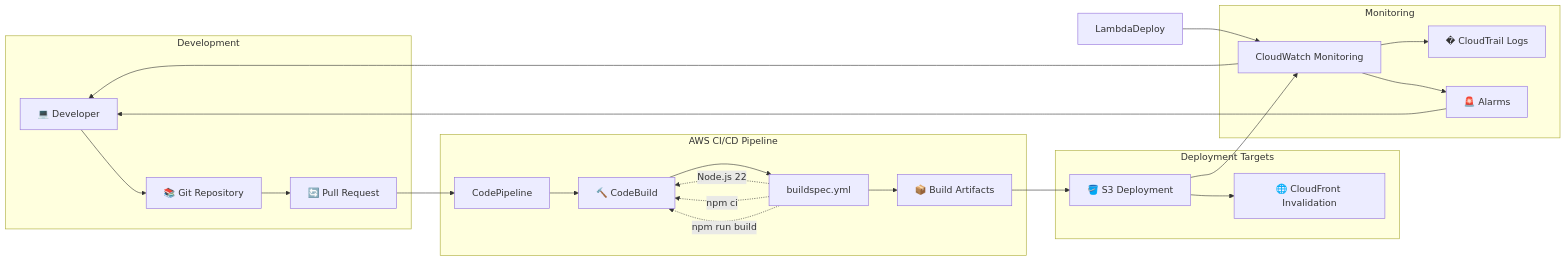
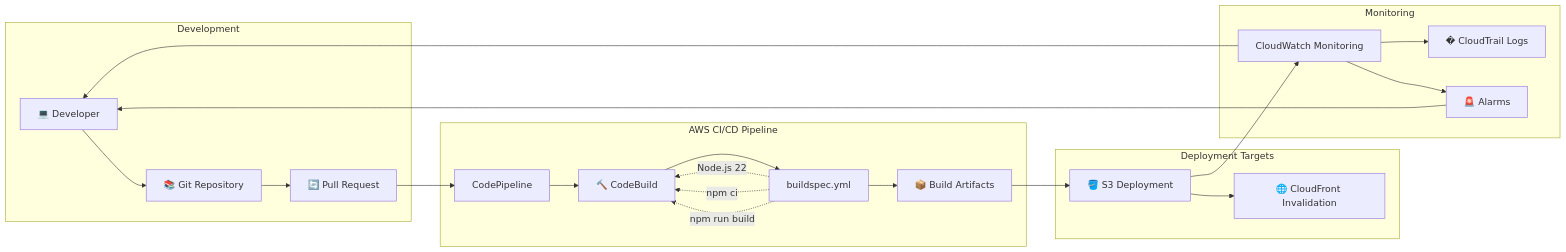
The second of 2 diagrams in README.md (SanjeevGO123/drive-clone), drawn with Mermaid before and after one commit.

````diff
--- a/README.md
+++ b/README.md
@@ -125,50 +125,49 @@
 ```mermaid
 graph LR
     subgraph "Development"
         Dev[💻 Developer]
         Git[📚 Git Repository]
         PR[🔄 Pull Request]
     end
     
     subgraph "AWS CI/CD Pipeline"
         CP[CodePipeline]
         CB[🔨 CodeBuild]
         BuildSpec[buildspec.yml]
         Artifacts[📦 Build Artifacts]
     end
     
     subgraph "Deployment Targets"
         S3Deploy[🪣 S3 Deployment]
         CFInvalidate[🌐 CloudFront Invalidation]
     end
     
     subgraph "Monitoring"
         Monitor[CloudWatch Monitoring]
         Logs[� CloudTrail Logs]
         Alerts[🚨 Alarms]
     end
     
     Dev --> Git
     Git --> PR
     PR --> CP
     CP --> CB
     CB --> BuildSpec
     BuildSpec --> Artifacts
     
     Artifacts --> S3Deploy
     S3Deploy --> CFInvalidate
     
     S3Deploy --> Monitor
-    LambdaDeploy --> Monitor
     Monitor --> Logs
     Monitor --> Alerts
     
     %% Feedback loops
     Alerts --> Dev
     Monitor --> Dev
     
     %% Build Process Details
     BuildSpec -.-> |Node.js 22| CB
     BuildSpec -.-> |npm ci| CB
     BuildSpec -.-> |npm run build| CB
 ```
````
